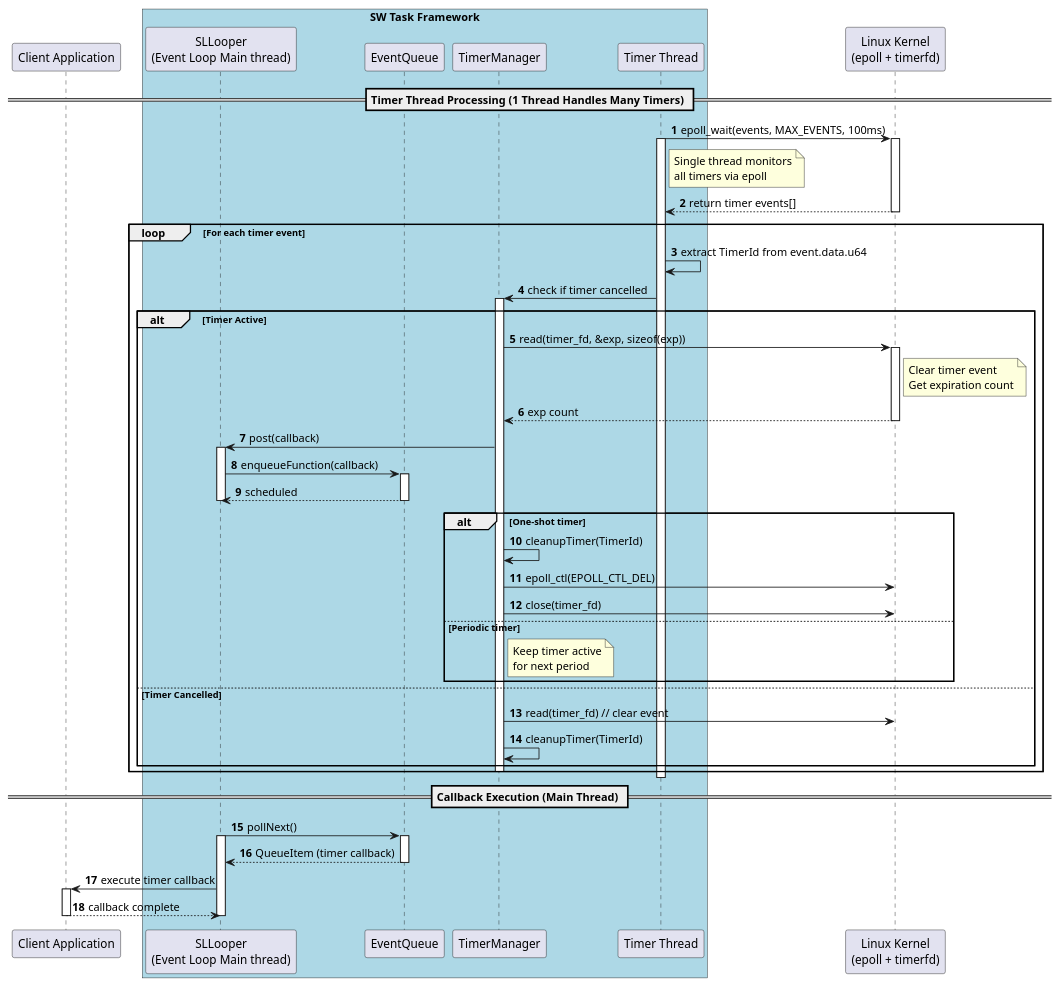
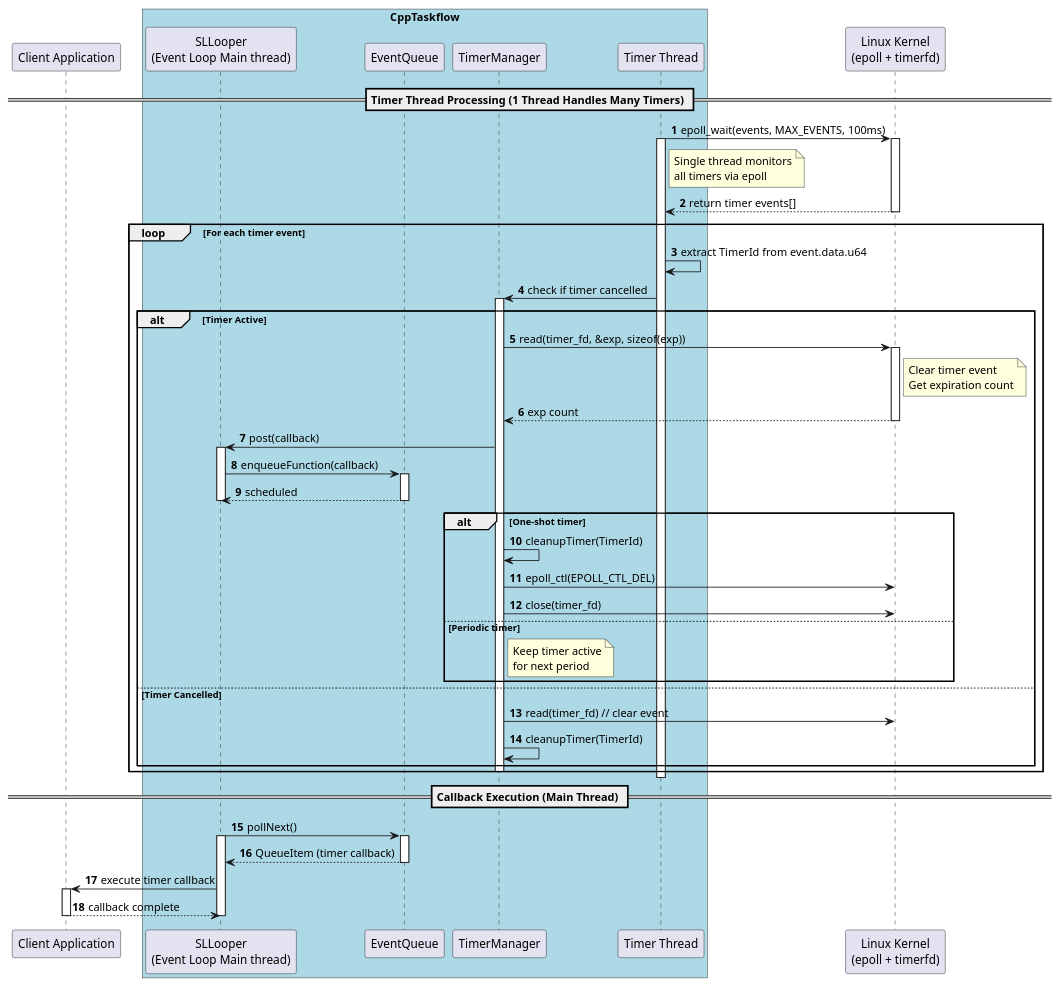
The second of 4 diagrams in doc/design/sw_task/efficiency.puml (taikt/sw_task), drawn with PlantUML before and after one commit. The commit also changed other lines of this file and 16 other files, not shown here.

```diff
--- a/doc/design/sw_task/efficiency.puml
+++ b/doc/design/sw_task/efficiency.puml
@@ -63,78 +63,78 @@
 @startuml
-'title "SW Task Framework - Timer Thread Processing (1 Thread Handles Many Timers)"
+'title "CppTaskflow - Timer Thread Processing (1 Thread Handles Many Timers)"
 
 autonumber
 
 participant "Client Application" as Client
 
-box "SW Task Framework" #LightBlue
+box "CppTaskflow" #LightBlue
     participant "SLLooper\n(Event Loop Main thread)" as MainLoop
     participant "EventQueue" as MQ
     participant "TimerManager" as TimerMgr
     participant "Timer Thread" as TimerThread
 end box
 
 participant "Linux Kernel\n(epoll + timerfd)" as LinuxKernel
 
 == Timer Thread Processing (1 Thread Handles Many Timers) ==
 TimerThread -> LinuxKernel : epoll_wait(events, MAX_EVENTS, 100ms)
 activate TimerThread
 activate LinuxKernel
 note right of TimerThread : Single thread monitors\nall timers via epoll
 
 LinuxKernel --> TimerThread : return timer events[]
 deactivate LinuxKernel
 
 loop For each timer event
     TimerThread -> TimerThread : extract TimerId from event.data.u64
     TimerThread -> TimerMgr : check if timer cancelled
     activate TimerMgr
     
     alt Timer Active
         TimerMgr -> LinuxKernel : read(timer_fd, &exp, sizeof(exp))
         activate LinuxKernel
         note right of LinuxKernel : Clear timer event\nGet expiration count
         LinuxKernel --> TimerMgr : exp count
         deactivate LinuxKernel
         
         TimerMgr -> MainLoop : post(callback)
         activate MainLoop
         'note right of MainLoop : Post callback to\nmain thread
         
         MainLoop -> MQ : enqueueFunction(callback)
         activate MQ
         MQ --> MainLoop : scheduled
         deactivate MQ
         deactivate MainLoop
         
         alt One-shot timer
             TimerMgr -> TimerMgr : cleanupTimer(TimerId)
             TimerMgr -> LinuxKernel : epoll_ctl(EPOLL_CTL_DEL)
             TimerMgr -> LinuxKernel : close(timer_fd)
         else Periodic timer
             note right of TimerMgr : Keep timer active\nfor next period
         end
     else Timer Cancelled
         TimerMgr -> LinuxKernel : read(timer_fd) // clear event
         TimerMgr -> TimerMgr : cleanupTimer(TimerId)
     end
     deactivate TimerMgr
 end
 
 deactivate TimerThread
 
 == Callback Execution (Main Thread) ==
 MainLoop -> MQ : pollNext()
 activate MainLoop
 activate MQ
 MQ --> MainLoop : QueueItem (timer callback)
 deactivate MQ
 
 MainLoop -> Client : execute timer callback
 activate Client
 'note right of Client : Callback executed\non main thread SLLooper
 Client --> MainLoop : callback complete
 deactivate Client
 deactivate MainLoop
 
 @enduml
```
